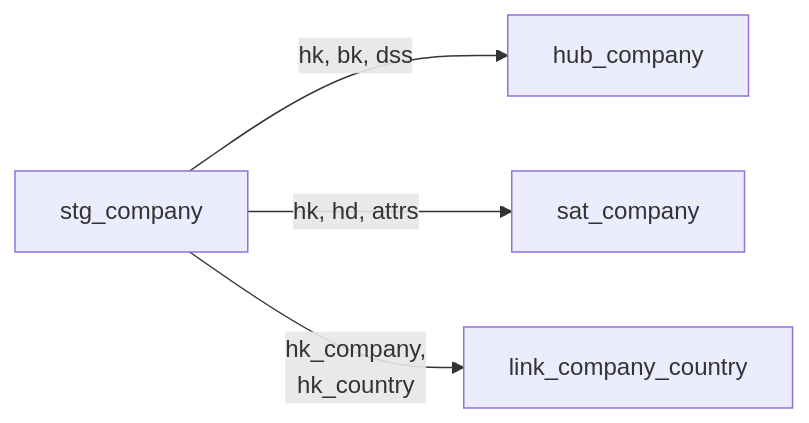
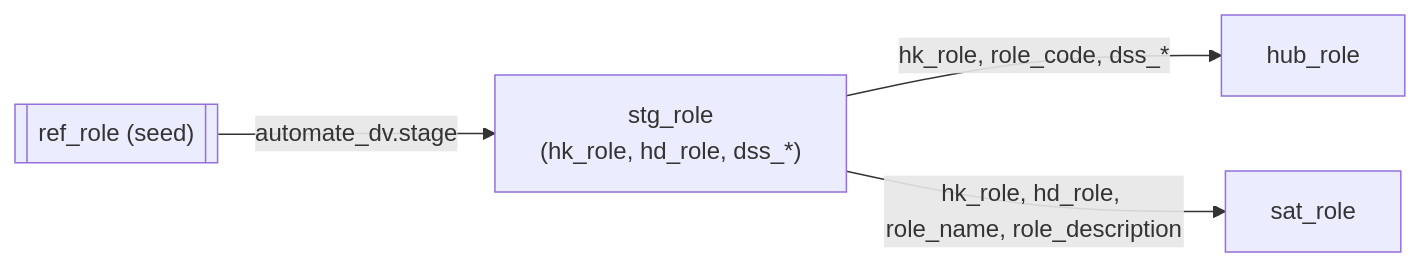
Before and after one commit to fellnerd/ppmc-datavault-dbt: the second of 3 diagrams in design/data-flow/end_to_end.md, drawn with Mermaid. The commit also changed other lines of this file and 7 other files, not shown here.

````diff
--- a/design/data-flow/end_to_end.md
+++ b/design/data-flow/end_to_end.md
@@ -91,12 +69,11 @@
 ```mermaid
 flowchart LR
-    STG["stg_company"]
-    
-    HUB["hub_company"]
-    SAT["sat_company"]
-    LINK["link_company_country"]
-    
-    STG -->|"hk, bk, dss"| HUB
-    STG -->|"hk, hd, attrs"| SAT
-    STG -->|"hk_company,<br/>hk_country"| LINK
+    SEED[["ref_role (seed)"]]
+    STG["stg_role<br/>(hk_role, hd_role, dss_*)"]
+    HUB["hub_role"]
+    SAT["sat_role"]
+
+    SEED -->|automate_dv.stage| STG
+    STG -->|hk_role, role_code, dss_*| HUB
+    STG -->|hk_role, hd_role, role_name, role_description| SAT
 ```
````
